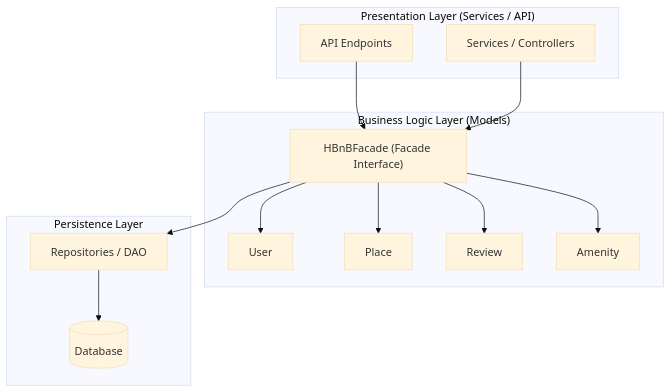
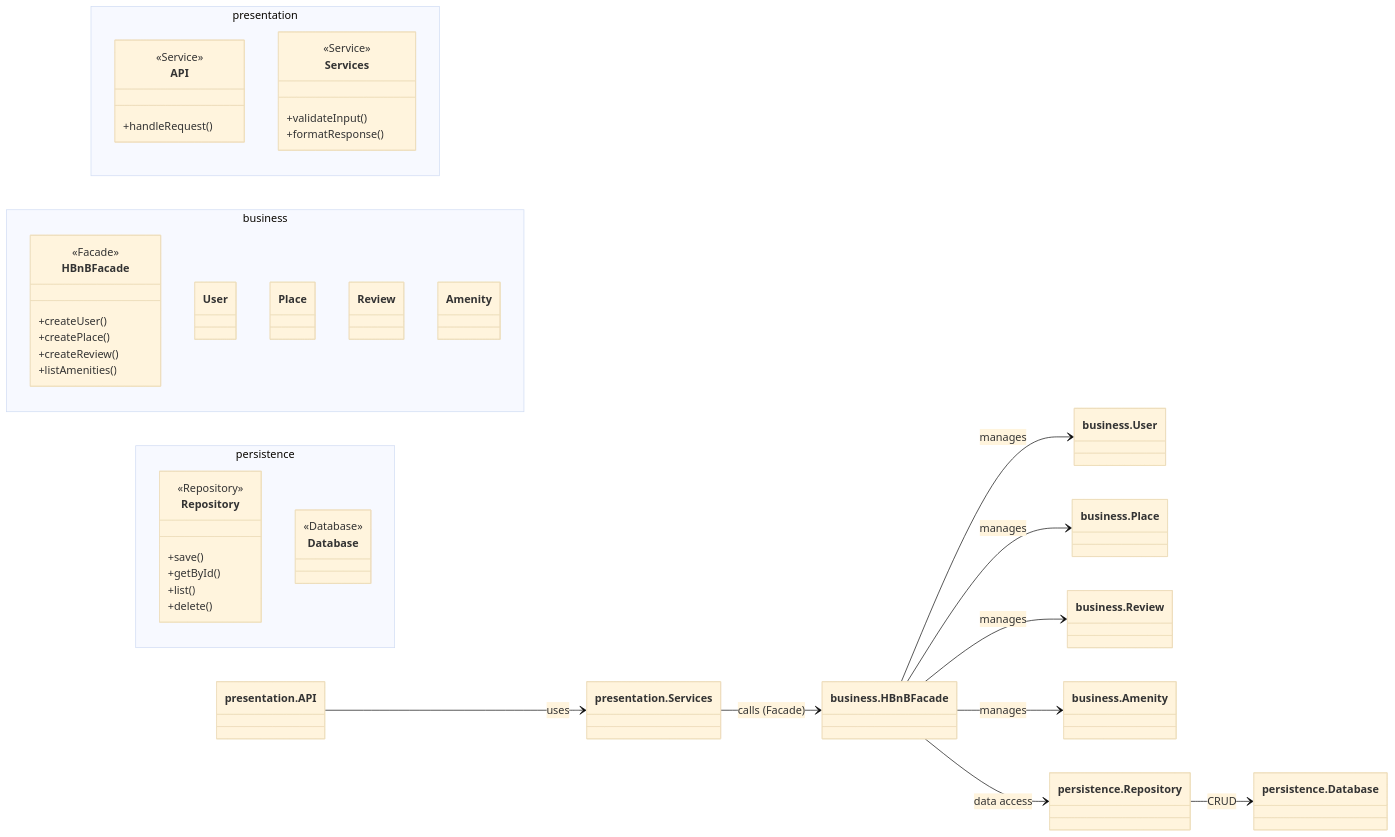
One commit to Nouf2027/holbertonschool-hbnb changed the diagram in part1/README.md. Above: the diagram before and after it, drawn with Mermaid (base theme). The commit also changed other lines of this file, not shown here.

Commit message:
Add Task 0: High-Level Package Diagram

````diff
--- a/part1/README.md
+++ b/part1/README.md
@@ -5,43 +5,70 @@
 ```mermaid
-flowchart TB
-  %% =========================
-  %% Presentation Layer
-  %% =========================
-  subgraph Presentation["Presentation Layer (Services / API)"]
-    API["API Endpoints"]
-    Services["Services / Controllers"]
-  end
+classDiagram
+direction LR
 
-  %% =========================
-  %% Business Logic Layer
-  %% =========================
-  subgraph Business["Business Logic Layer (Models)"]
-    Facade["HBnBFacade (Facade Interface)"]
-    User["User"]
-    Place["Place"]
-    Review["Review"]
-    Amenity["Amenity"]
-  end
+%% =========================
+%% Presentation Layer
+%% =========================
+namespace presentation {
+  class API {
+    <<Service>>
+    +handleRequest()
+  }
 
-  %% =========================
-  %% Persistence Layer
-  %% =========================
-  subgraph Persistence["Persistence Layer"]
-    Repo["Repositories / DAO"]
-    DB[(Database)]
-  end
+  class Services {
+    <<Service>>
+    +validateInput()
+    +formatResponse()
+  }
+}
 
-  %% =========================
-  %% Communication Pathways
-  %% =========================
-  API --> Facade
-  Services --> Facade
+%% =========================
+%% Business Logic Layer
+%% =========================
+namespace business {
+  class HBnBFacade {
+    <<Facade>>
+    +createUser()
+    +createPlace()
+    +createReview()
+    +listAmenities()
+  }
 
-  Facade --> User
-  Facade --> Place
-  Facade --> Review
-  Facade --> Amenity
+  class User
+  class Place
+  class Review
+  class Amenity
+}
 
-  Facade --> Repo
-  Repo --> DB
+%% =========================
+%% Persistence Layer
+%% =========================
+namespace persistence {
+  class Repository {
+    <<Repository>>
+    +save()
+    +getById()
+    +list()
+    +delete()
+  }
+
+  class Database {
+    <<Database>>
+  }
+}
+
+%% =========================
+%% Relationships / Communication
+%% =========================
+
+presentation.API --> presentation.Services : uses
+presentation.Services --> business.HBnBFacade : calls (Facade)
+
+business.HBnBFacade --> business.User : manages
+business.HBnBFacade --> business.Place : manages
+business.HBnBFacade --> business.Review : manages
+business.HBnBFacade --> business.Amenity : manages
+
+business.HBnBFacade --> persistence.Repository : data access
+persistence.Repository --> persistence.Database : CRUD
 ```
````
